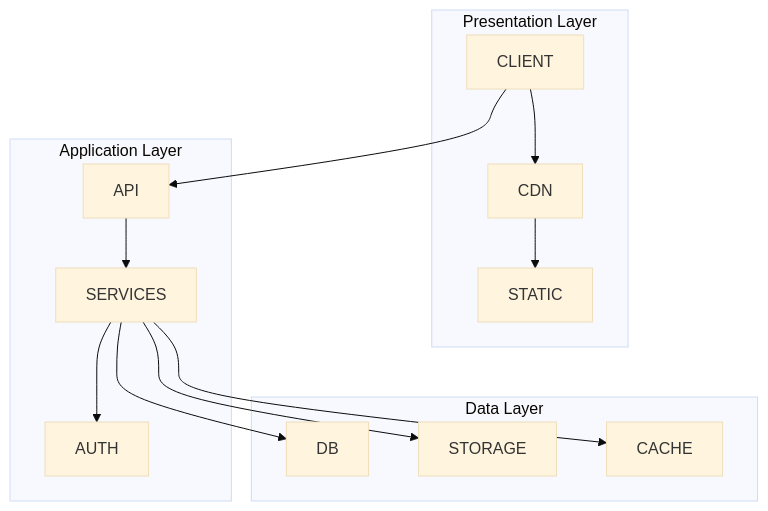
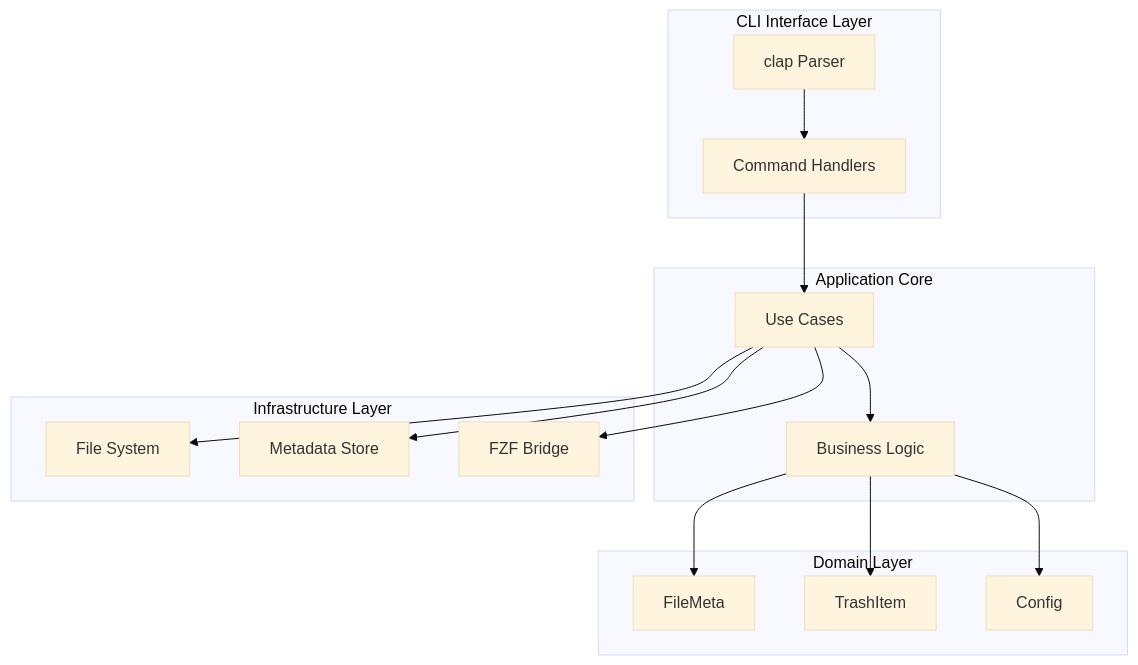
Before and after one commit to daktu32/rmz: the first of 5 diagrams in docs/ARCHITECTURE.md, drawn with Mermaid (base theme). The commit also changed other lines of this file and 30 other files, not shown here.

````diff
--- a/docs/ARCHITECTURE.md
+++ b/docs/ARCHITECTURE.md
@@ -7,29 +7,34 @@
 ```mermaid
 graph TB
-    subgraph "Presentation Layer"
-        CLIENT
-        CDN
-        STATIC
+    subgraph "CLI Interface Layer"
+        CLAP[clap Parser]
+        CMD[Command Handlers]
     end
     
-    subgraph "Application Layer"
-        API
-        SERVICES
-        AUTH
+    subgraph "Application Core"
+        UC[Use Cases]
+        LOGIC[Business Logic]
     end
     
-    subgraph "Data Layer"
-        DB
-        STORAGE
-        CACHE
+    subgraph "Domain Layer"
+        META[FileMeta]
+        TRASH[TrashItem]
+        CONFIG[Config]
     end
     
-    CLIENT --> CDN
-    CDN --> STATIC
-    CLIENT --> API
-    API --> SERVICES
-    SERVICES --> AUTH
-    SERVICES --> DB
-    SERVICES --> STORAGE
-    SERVICES --> CACHE
+    subgraph "Infrastructure Layer"
+        FS[File System]
+        STORE[Metadata Store]
+        FZF[FZF Bridge]
+    end
+    
+    CLAP --> CMD
+    CMD --> UC
+    UC --> LOGIC
+    LOGIC --> META
+    LOGIC --> TRASH
+    LOGIC --> CONFIG
+    UC --> FS
+    UC --> STORE
+    UC --> FZF
 ```
````
